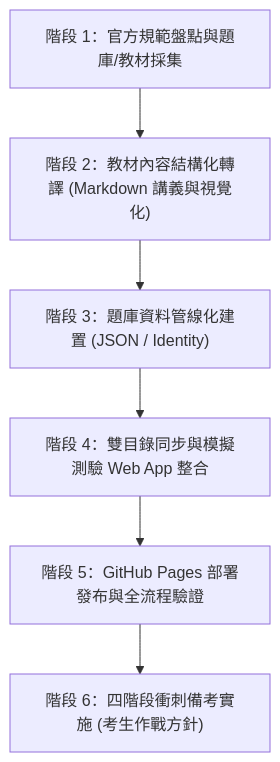
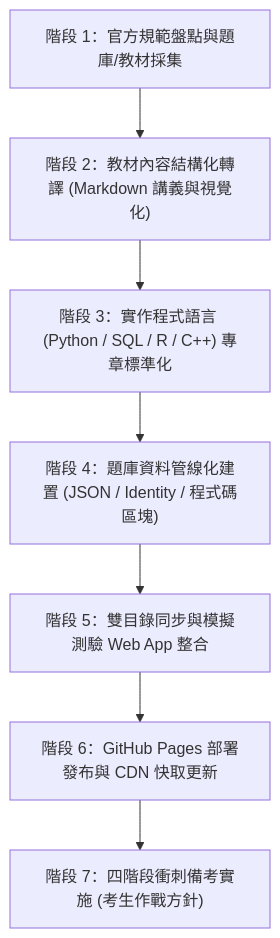
The diagram in docs/ipas_exam_preparation_sop.md (ta-lang/iPAS_Test), drawn with Mermaid before and after one commit. The commit also changed other lines of this file, not shown here.

Commit message:
docs(sop): add Phase 3 dedicated specification for programming languages (Python, PySpark, SQL)

````diff
--- a/docs/ipas_exam_preparation_sop.md
+++ b/docs/ipas_exam_preparation_sop.md
@@ -9,8 +9,9 @@
 ```mermaid
 flowchart TD
     A["階段 1：官方規範盤點與題庫/教材採集"] --> B["階段 2：教材內容結構化轉譯 (Markdown 講義與視覺化)"]
-    B --> C["階段 3：題庫資料管線化建置 (JSON / Identity)"]
-    C --> D["階段 4：雙目錄同步與模擬測驗 Web App 整合"]
-    D --> E["階段 5：GitHub Pages 部署發布與全流程驗證"]
-    E --> F["階段 6：四階段衝刺備考實施 (考生作戰方針)"]
+    B --> C["階段 3：實作程式語言 (Python / SQL / R / C++) 專章標準化"]
+    C --> D["階段 4：題庫資料管線化建置 (JSON / Identity / 程式碼區塊)"]
+    D --> E["階段 5：雙目錄同步與模擬測驗 Web App 整合"]
+    E --> F["階段 6：GitHub Pages 部署發布與 CDN 快取更新"]
+    F --> G["階段 7：四階段衝刺備考實施 (考生作戰方針)"]
 ```
````
